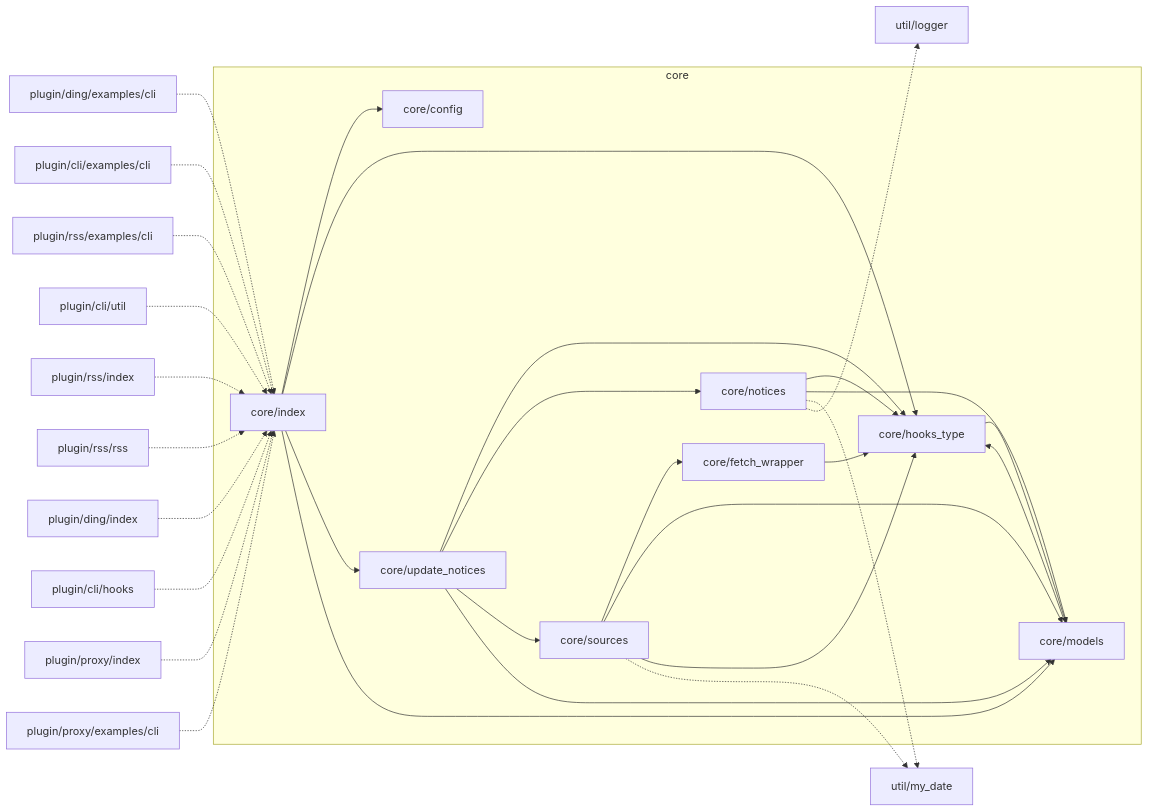
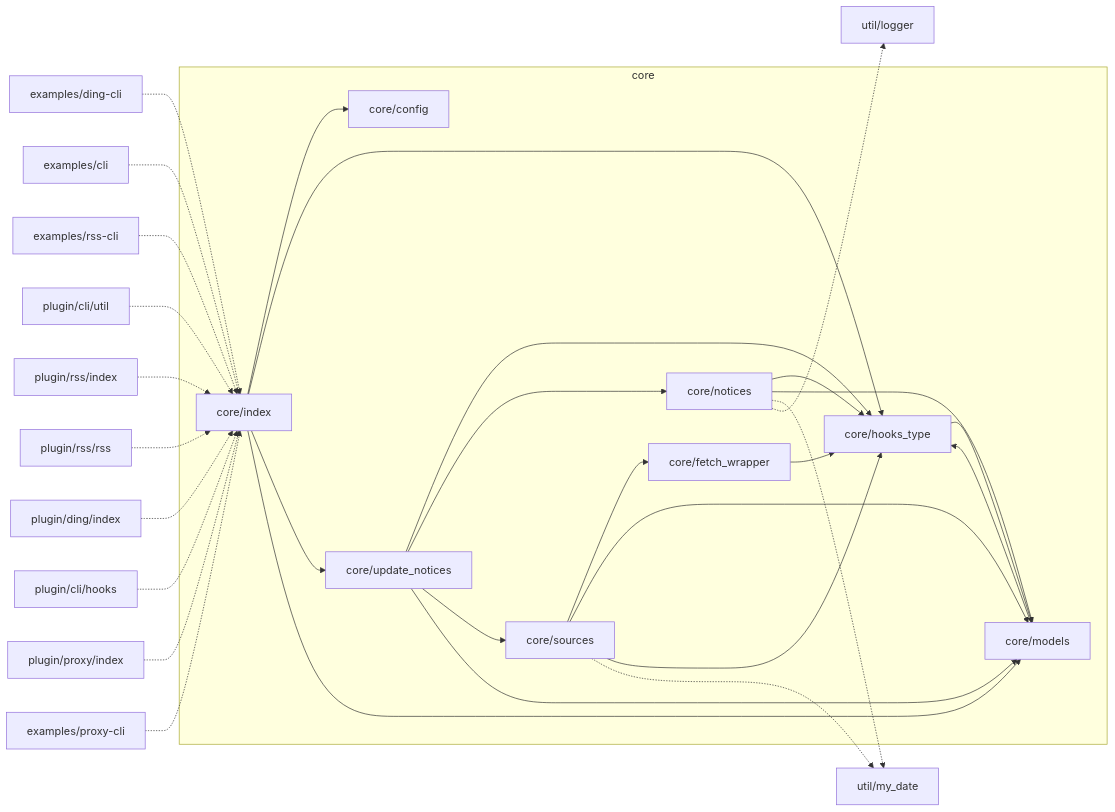
One commit to YDX-2147483647/bulletin-issues-transferred changed the second of 4 diagrams in documentation.md. Above: the diagram before and after it, drawn with Mermaid. The commit also changed other lines of this file and 8 other files, not shown here.

````diff
--- a/documentation.md
+++ b/documentation.md
@@ -71,34 +65,34 @@
 ```mermaid
 flowchart LR
   subgraph core
     core/fetch_wrapper --> core/hooks_type
     core/index --> core/config
     core/sources --> core/fetch_wrapper
     core/models --> core/hooks_type
     core/index --> core/hooks_type
     core/notices --> core/hooks_type
     core/update_notices --> core/hooks_type
     core/notices --> core/models
     core/index --> core/update_notices
     core/update_notices --> core/notices
     core/sources --> core/models
     core/sources --> core/hooks_type
     core/update_notices --> core/sources
     core/hooks_type --> core/models
     core/index --> core/models
     core/update_notices --> core/models
   end
   core/notices -.-> util/my_date
   core/sources -.-> util/my_date
   core/notices -.-> util/logger
-  plugin/ding/examples/cli -.-> core/index
-  plugin/cli/examples/cli -.-> core/index
-  plugin/rss/examples/cli -.-> core/index
+  examples/ding-cli -.-> core/index
+  examples/cli -.-> core/index
+  examples/rss-cli -.-> core/index
   plugin/cli/util -.-> core/index
   plugin/rss/index -.-> core/index
   plugin/rss/rss -.-> core/index
   plugin/ding/index -.-> core/index
   plugin/cli/hooks -.-> core/index
   plugin/proxy/index -.-> core/index
-  plugin/proxy/examples/cli -.-> core/index
+  examples/proxy-cli -.-> core/index
 ```
````
